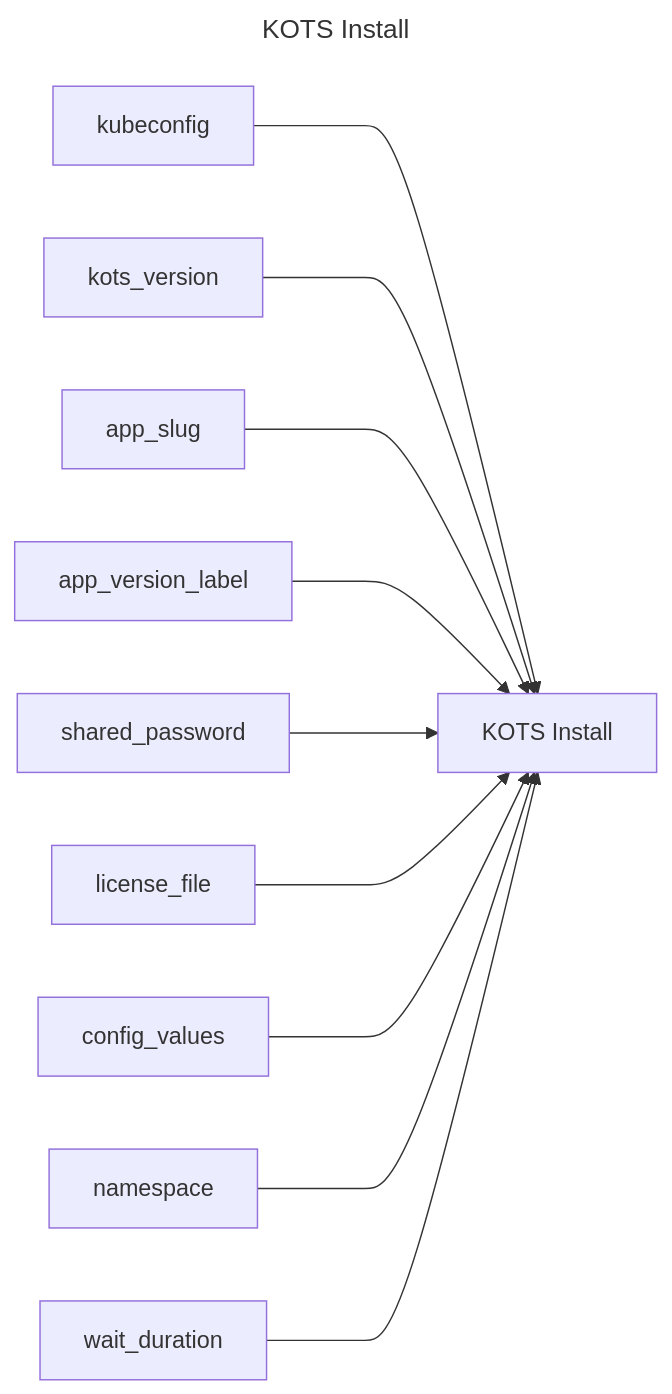
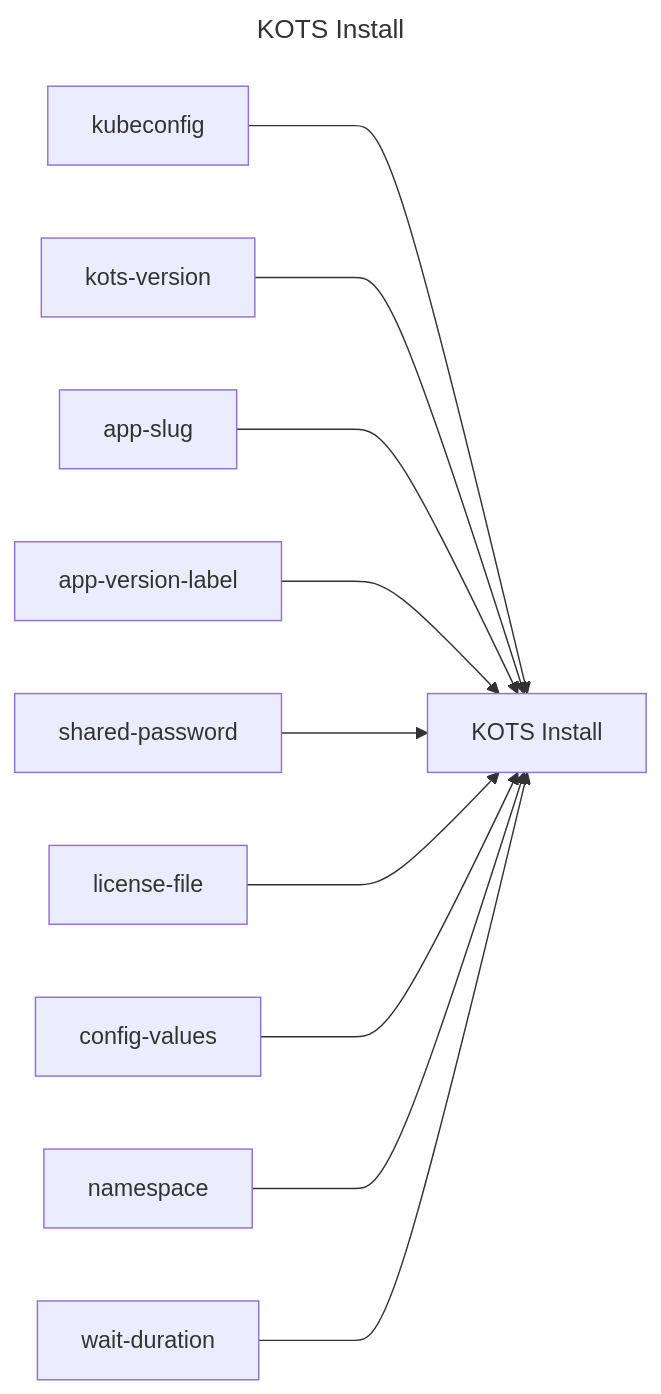
The diagram in kots-install/README.md (replicatedhq/replicated-actions), drawn with Mermaid before and after one commit. The commit also changed 12 other files, not shown here.

````diff
--- a/kots-install/README.md
+++ b/kots-install/README.md
@@ -3,16 +3,25 @@
 ```mermaid
 ---
 title: KOTS Install
 ---
 graph LR
 kots_install["KOTS Install"]
+kubeconfig["kubeconfig"]
+kots_version["kots-version"]
+app_slug["app-slug"]
+app_version_label["app-version-label"]
+shared_password["shared-password"]
+license_file["license-file"]
+config_values["config-values"]
+namespace["namespace"]
+wait_duration["wait-duration"]
 kubeconfig ---> kots_install
 kots_version ---> kots_install
 app_slug ---> kots_install
 app_version_label ---> kots_install
 shared_password ---> kots_install
 license_file ---> kots_install
 config_values ---> kots_install
 namespace ---> kots_install
 wait_duration ---> kots_install
 ```
````
